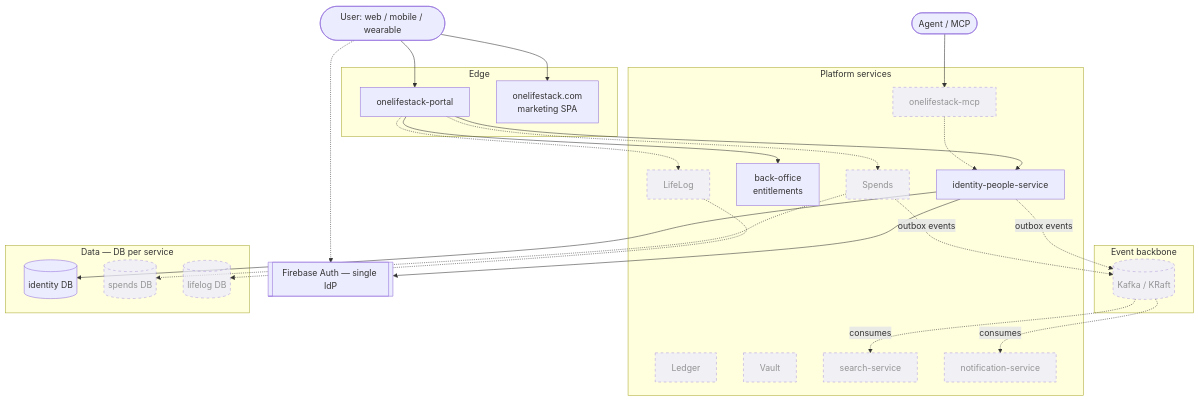
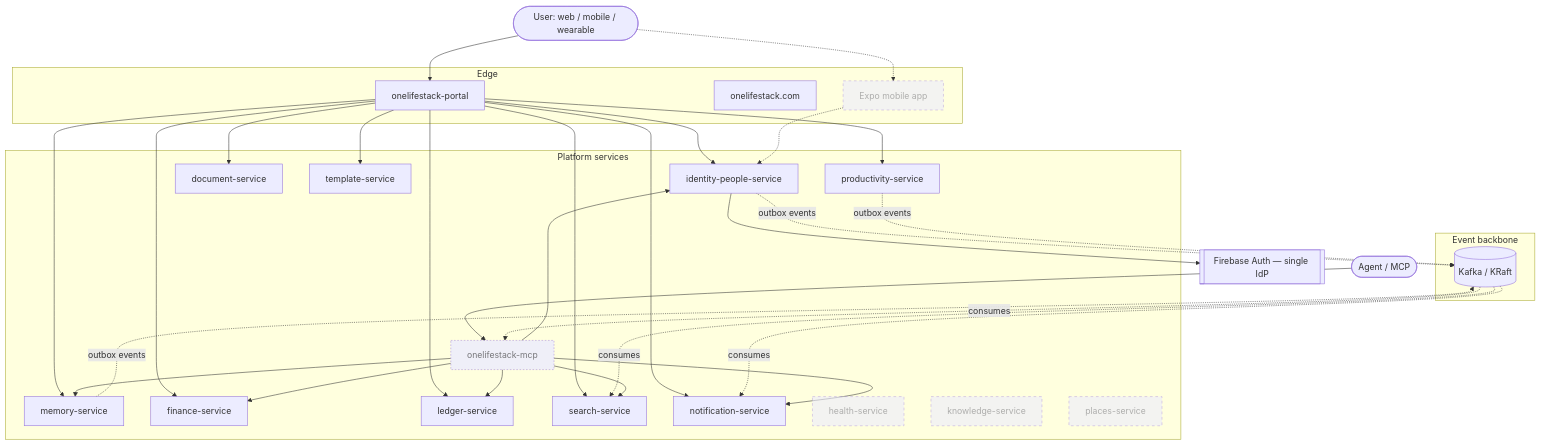
The third of 5 diagrams in architecture.md (onelifestack/onelifestack-docs-public), drawn with Mermaid before and after one commit. The commit also changed other lines of this file and 1 other file, not shown here.

First line of the commit message:
docs: update architecture + overview to reflect full platform (2026-06-05)

````diff
--- a/architecture.md
+++ b/architecture.md
@@ -90,53 +128,45 @@
 ```mermaid
 flowchart TB
   user([User: web / mobile / wearable])
   agent([Agent / MCP])
   firebase[[Firebase Auth — single IdP]]
 
   subgraph edge[Edge]
     portal[onelifestack-portal]
-    comsite[onelifestack.com<br/>marketing SPA]
+    comsite[onelifestack.com]
+    mobile[Expo mobile app]:::planned
   end
 
   subgraph platform[Platform services]
     people[identity-people-service]
-    bo[back-office<br/>entitlements]
-    spends[Spends]:::planned
-    lifelog[LifeLog]:::planned
-    ledger[Ledger]:::planned
-    vault[Vault]:::planned
-    search[search-service]:::planned
-    notif[notification-service]:::planned
-    mcp[onelifestack-mcp]:::planned
+    memory[memory-service]
+    productivity[productivity-service]
+    finance[finance-service]
+    ledger[ledger-service]
+    document[document-service]
+    template[template-service]
+    search[search-service]
+    notif[notification-service]
+    mcp[onelifestack-mcp]:::planned_deploy
+    health[health-service]:::planned
+    knowledge[knowledge-service]:::planned
+    places[places-service]:::planned
   end
 
   subgraph backbone[Event backbone]
-    kafka[(Kafka / KRaft)]:::planned
-  end
-
-  subgraph data[Data — DB per service]
-    pgid[(identity DB)]
-    pgsp[(spends DB)]:::planned
-    pgll[(lifelog DB)]:::planned
+    kafka[(Kafka / KRaft)]
   end
 
   user --> portal
-  user --> comsite
-  user -.-> firebase
+  user -.-> mobile
   agent --> mcp
-  portal --> people
-  portal --> bo
-  portal -.-> spends
-  portal -.-> lifelog
+  portal --> people & memory & productivity & finance & ledger & document & template & search & notif
+  mobile -.-> people
   people --> firebase
-  people --> pgid
-  spends -.-> pgsp
-  lifelog -.-> pgll
-  people -. outbox events .-> kafka
-  spends -. outbox events .-> kafka
-  kafka -. consumes .-> search
-  kafka -. consumes .-> notif
-  mcp -.-> people
+  people & memory & productivity -. outbox events .-> kafka
+  kafka -. consumes .-> search & notif & mcp
+  mcp --> people & search & notif & finance & ledger & memory
 
-  classDef planned stroke-dasharray: 5 5,opacity:0.7;
+  classDef planned stroke-dasharray: 5 5,opacity:0.6;
+  classDef planned_deploy stroke-dasharray: 3 3,opacity:0.8;
 ```
````
